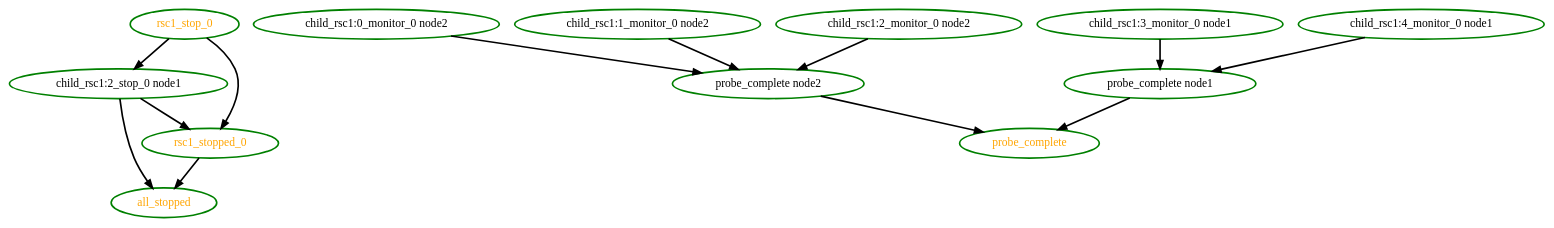
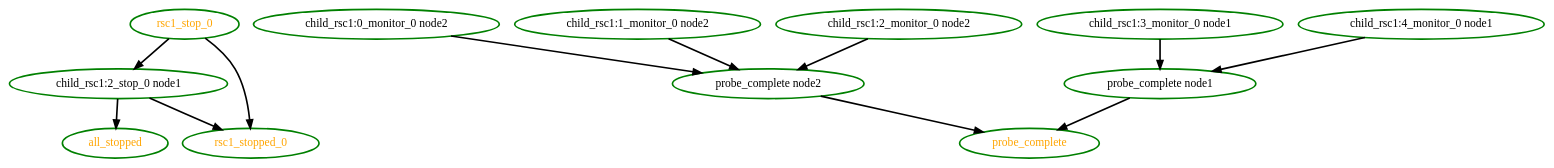
The diagram in crm/pengine/testcases/inc9.dot (richiewen8/heartbeat), drawn with Graphviz before and after one commit. The commit also changed 82 other files, not shown here.

Commit message:
High: PE: all_stopped should only depend on native resources to avoid recursion

```diff
--- a/crm/pengine/testcases/inc9.dot
+++ b/crm/pengine/testcases/inc9.dot
@@ -1,26 +1,25 @@
  digraph "g" {
 "all_stopped" [ style=bold color="green" fontcolor="orange"  ]
 "child_rsc1:0_monitor_0 node2" -> "probe_complete node2" [ style = bold]
 "child_rsc1:0_monitor_0 node2" [ style=bold color="green" fontcolor="black" ]
 "child_rsc1:1_monitor_0 node2" -> "probe_complete node2" [ style = bold]
 "child_rsc1:1_monitor_0 node2" [ style=bold color="green" fontcolor="black" ]
 "child_rsc1:2_monitor_0 node2" -> "probe_complete node2" [ style = bold]
 "child_rsc1:2_monitor_0 node2" [ style=bold color="green" fontcolor="black" ]
 "child_rsc1:2_stop_0 node1" -> "all_stopped" [ style = bold]
 "child_rsc1:2_stop_0 node1" -> "rsc1_stopped_0" [ style = bold]
 "child_rsc1:2_stop_0 node1" [ style=bold color="green" fontcolor="black" ]
 "child_rsc1:3_monitor_0 node1" -> "probe_complete node1" [ style = bold]
 "child_rsc1:3_monitor_0 node1" [ style=bold color="green" fontcolor="black" ]
 "child_rsc1:4_monitor_0 node1" -> "probe_complete node1" [ style = bold]
 "child_rsc1:4_monitor_0 node1" [ style=bold color="green" fontcolor="black" ]
 "probe_complete node1" -> "probe_complete" [ style = bold]
 "probe_complete node1" [ style=bold color="green" fontcolor="black" ]
 "probe_complete node2" -> "probe_complete" [ style = bold]
 "probe_complete node2" [ style=bold color="green" fontcolor="black" ]
 "probe_complete" [ style=bold color="green" fontcolor="orange" ]
 "rsc1_stop_0" -> "child_rsc1:2_stop_0 node1" [ style = bold]
 "rsc1_stop_0" -> "rsc1_stopped_0" [ style = bold]
 "rsc1_stop_0" [ style=bold color="green" fontcolor="orange" ]
-"rsc1_stopped_0" -> "all_stopped" [ style = bold]
 "rsc1_stopped_0" [ style=bold color="green" fontcolor="orange" ]
 }
```
